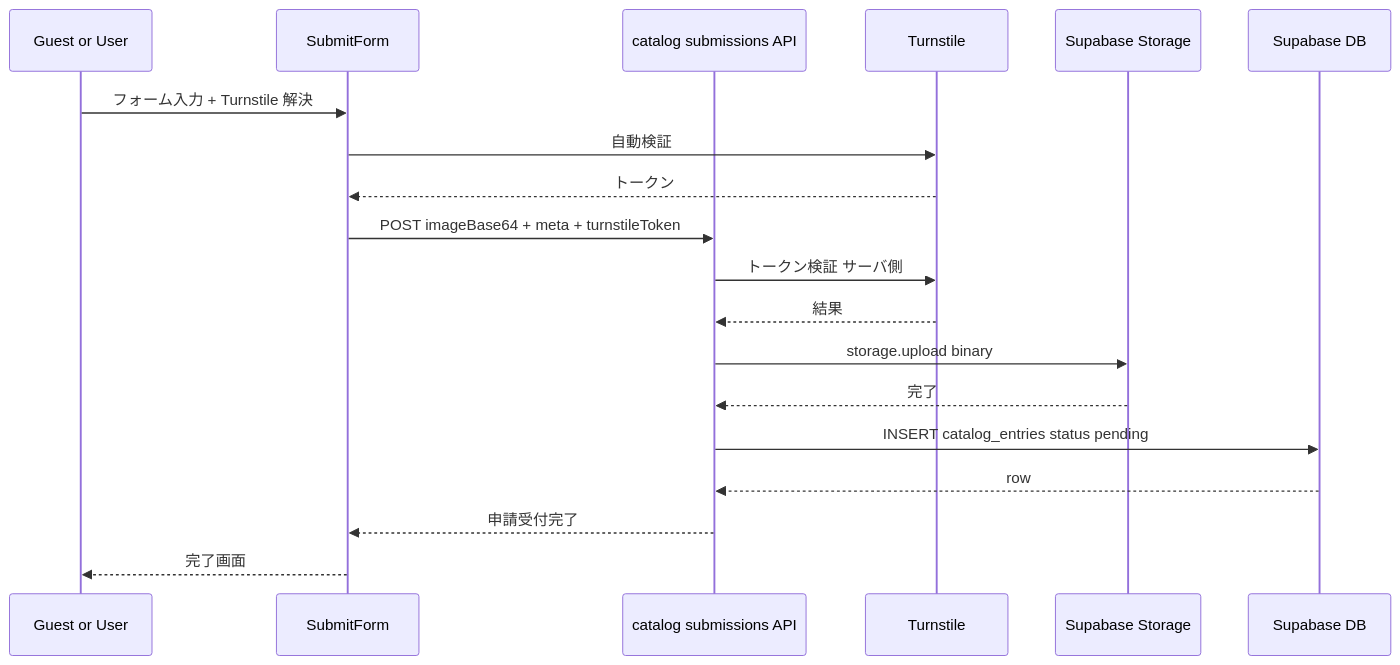
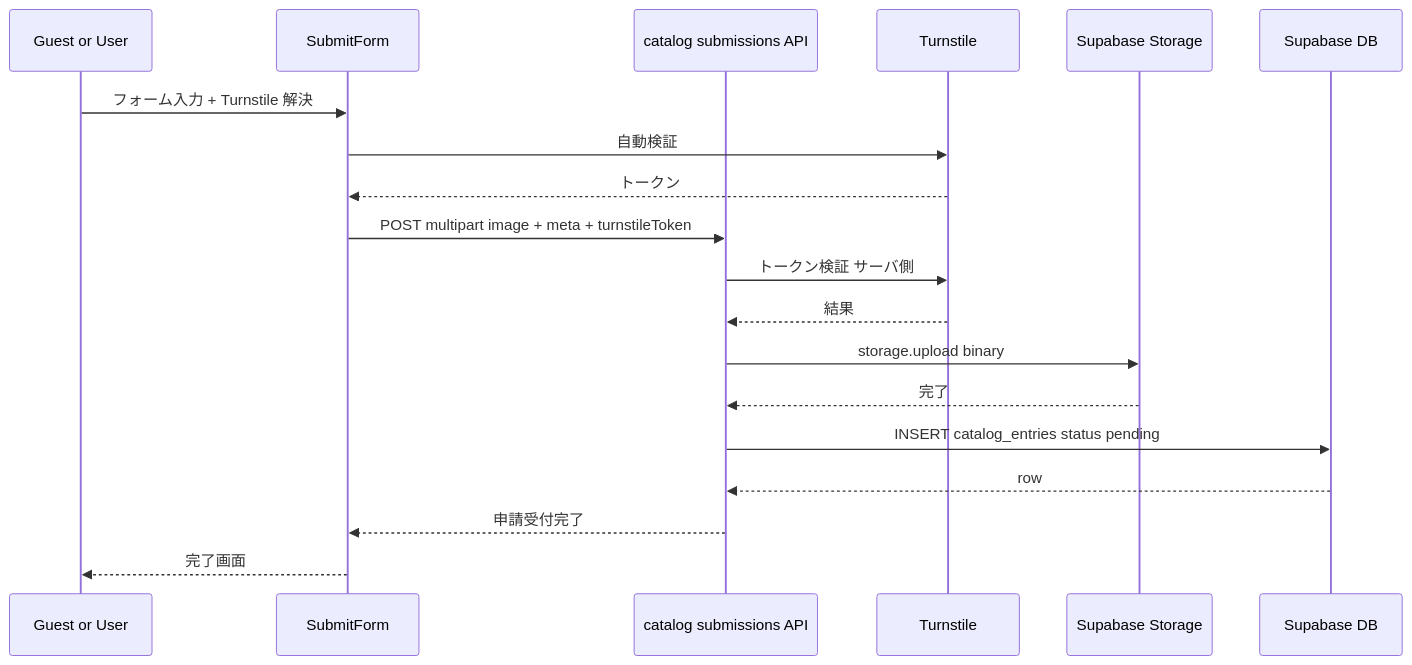
The fourth of 5 diagrams in docs/planning/user-catalog-implementation-plan.md (3balljugglerYu/ai_coordinate), drawn with Mermaid before and after one commit. The commit also changed other lines of this file, not shown here.

````diff
--- a/docs/planning/user-catalog-implementation-plan.md
+++ b/docs/planning/user-catalog-implementation-plan.md
@@ -135,22 +142,22 @@
 ```mermaid
 sequenceDiagram
     participant G as Guest or User
     participant F as SubmitForm
     participant API as catalog submissions API
     participant T as Turnstile
     participant ST as Supabase Storage
     participant DB as Supabase DB
 
     G->>F: フォーム入力 + Turnstile 解決
     F->>T: 自動検証
     T-->>F: トークン
-    F->>API: POST imageBase64 + meta + turnstileToken
+    F->>API: POST multipart image + meta + turnstileToken
     API->>T: トークン検証 サーバ側
     T-->>API: 結果
     API->>ST: storage.upload binary
     ST-->>API: 完了
     API->>DB: INSERT catalog_entries status pending
     DB-->>API: row
     API-->>F: 申請受付完了
     F-->>G: 完了画面
 ```
````
